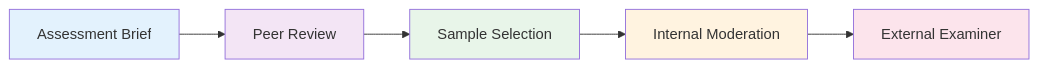
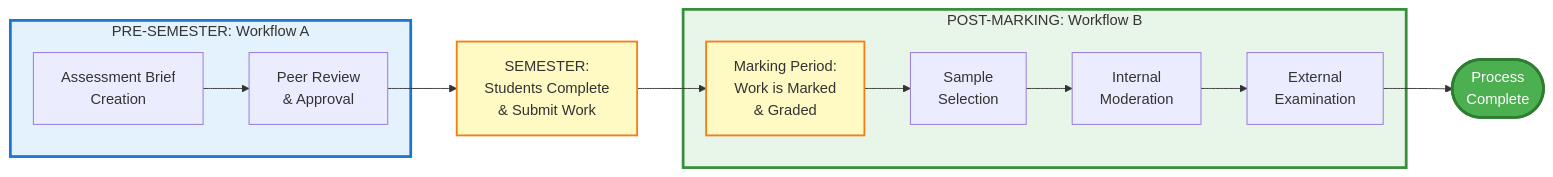
One commit to martinsolent/mod_prototype changed the third of 5 diagrams in README.md. Above: the diagram before and after it, drawn with Mermaid. The commit also changed other lines of this file, not shown here.

````diff
--- a/README.md
+++ b/README.md
@@ -264,13 +296,23 @@
 ```mermaid
 graph LR
-    A[Assessment Brief] --> B[Peer Review]
-    B --> C[Sample Selection]
-    C --> D[Internal Moderation]
-    D --> E[External Examiner]
+    subgraph PreSemester["PRE-SEMESTER: Workflow A"]
+        A[Assessment Brief<br/>Creation] --> B[Peer Review<br/>& Approval]
+    end
     
-    style A fill:#e3f2fd
-    style B fill:#f3e5f5
-    style C fill:#e8f5e9
-    style D fill:#fff3e0
-    style E fill:#fce4ec
+    B --> S[SEMESTER:<br/>Students Complete<br/>& Submit Work]
+    S --> M[Marking Period:<br/>Work is Marked<br/>& Graded]
+    
+    subgraph PostMarking["POST-MARKING: Workflow B"]
+        M --> C[Sample<br/>Selection]
+        C --> D[Internal<br/>Moderation]
+        D --> E[External<br/>Examination]
+    end
+    
+    E --> Complete([Process<br/>Complete])
+    
+    style PreSemester fill:#e3f2fd,stroke:#1976d2,stroke-width:3px
+    style PostMarking fill:#e8f5e9,stroke:#388e3c,stroke-width:3px
+    style S fill:#fff9c4,stroke:#f57f17,stroke-width:2px
+    style M fill:#fff9c4,stroke:#f57f17,stroke-width:2px
+    style Complete fill:#4caf50,stroke:#2e7d32,stroke-width:3px,color:#fff
 ```
````
